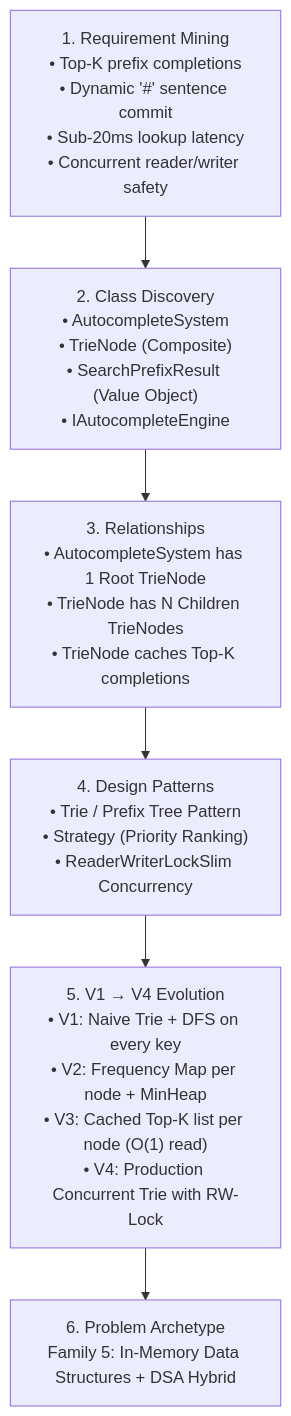
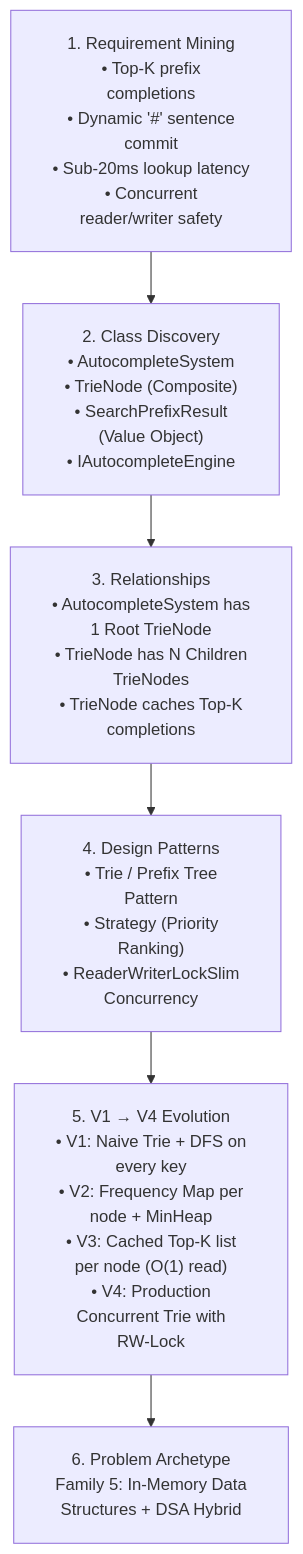
The first of 3 diagrams in LLD/03_Tier3_DSA_Screening/29_Search_Autocomplete_System.md (dip4k/DSA_102), drawn with Mermaid before and after one commit. The commit also changed other lines of this file and 108 other files, not shown here.

First line of the commit message:
fix(mermaid): resolve diagram clipping, padding, and syntax issues across repo

````diff
--- a/LLD/03_Tier3_DSA_Screening/29_Search_Autocomplete_System.md
+++ b/LLD/03_Tier3_DSA_Screening/29_Search_Autocomplete_System.md
@@ -21,8 +21,9 @@
 ```mermaid
+%%{init: {"flowchart": {"htmlLabels": true, "padding": 20}}}%%
 flowchart TD
-    A["1. Requirement Mining<br/>• Top-K prefix completions<br/>• Dynamic '#' sentence commit<br/>• Sub-20ms lookup latency<br/>• Concurrent reader/writer safety"] --> B["2. Class Discovery<br/>• AutocompleteSystem<br/>• TrieNode (Composite)<br/>• SearchPrefixResult (Value Object)<br/>• IAutocompleteEngine"]
-    B --> C["3. Relationships<br/>• AutocompleteSystem has 1 Root TrieNode<br/>• TrieNode has N Children TrieNodes<br/>• TrieNode caches Top-K completions"]
-    C --> D["4. Design Patterns<br/>• Trie / Prefix Tree Pattern<br/>• Strategy (Priority Ranking)<br/>• ReaderWriterLockSlim Concurrency"]
-    D --> E["5. V1 → V4 Evolution<br/>• V1: Naive Trie + DFS on every key<br/>• V2: Frequency Map per node + MinHeap<br/>• V3: Cached Top-K list per node (O(1) read)<br/>• V4: Production Concurrent Trie with RW-Lock"]
-    E --> F["6. Problem Archetype<br/>Family 5: In-Memory Data Structures + DSA Hybrid"]
+    A["1. Requirement Mining<br/>• Top-K prefix<br/>completions<br/>• Dynamic '#' sentence<br/>commit<br/>• Sub-20ms lookup latency<br/>• Concurrent<br/>reader/writer safety"] --> B["2. Class Discovery<br/>• AutocompleteSystem<br/>• TrieNode (Composite)<br/>• SearchPrefixResult<br/>(Value Object)<br/>• IAutocompleteEngine"]
+    B --> C["3. Relationships<br/>• AutocompleteSystem has<br/>1 Root TrieNode<br/>• TrieNode has N Children<br/>TrieNodes<br/>• TrieNode caches Top-K<br/>completions"]
+    C --> D["4. Design Patterns<br/>• Trie / Prefix Tree<br/>Pattern<br/>• Strategy (Priority<br/>Ranking)<br/>• ReaderWriterLockSlim<br/>Concurrency"]
+    D --> E["5. V1 → V4 Evolution<br/>• V1: Naive Trie + DFS on<br/>every key<br/>• V2: Frequency Map per<br/>node + MinHeap<br/>• V3: Cached Top-K list<br/>per node (O(1) read)<br/>• V4: Production<br/>Concurrent Trie with<br/>RW-Lock"]
+    E --> F["6. Problem Archetype<br/>Family 5: In-Memory Data<br/>Structures + DSA Hybrid"]
 ```
````
